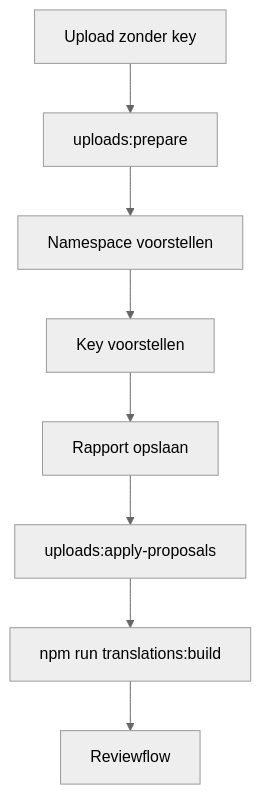
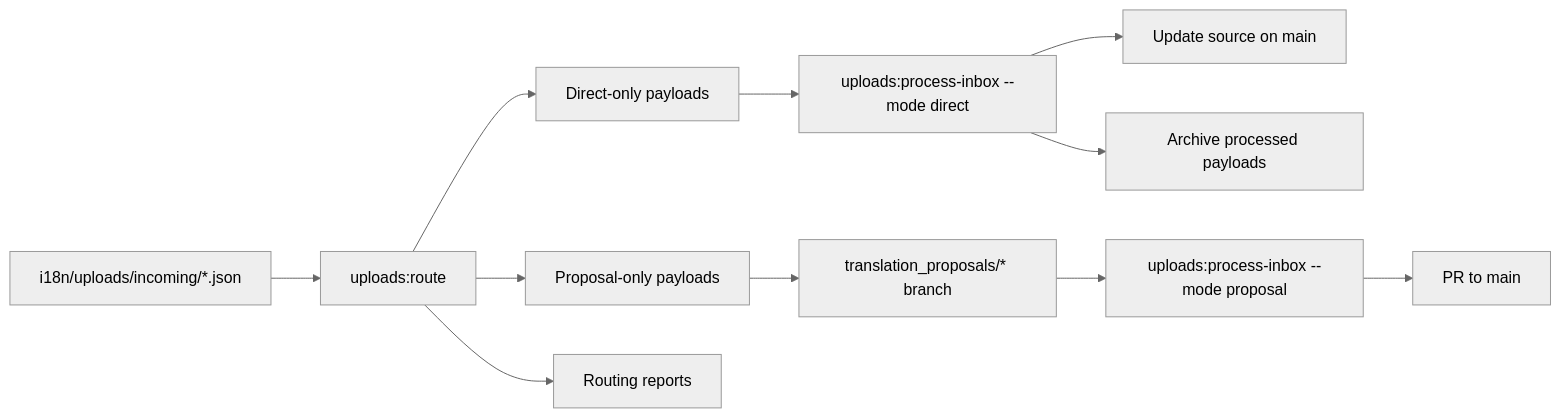
Before and after one commit to PRAxISDEVELOPMENT/mypraxis_translation_keys: the third of 3 diagrams in README.md, drawn with Mermaid (neutral theme). The commit also changed other lines of this file and 11 other files, not shown here.

````diff
--- a/README.md
+++ b/README.md
@@ -318,10 +136,13 @@
 ```mermaid
-flowchart TD
-    A[Upload zonder key] --> B[uploads:prepare]
-    B --> C[Namespace voorstellen]
-    C --> D[Key voorstellen]
-    D --> E[Rapport opslaan]
-    E --> F[uploads:apply-proposals]
-    F --> G[npm run translations:build]
-    G --> H[Reviewflow]
+flowchart LR
+    A[i18n/uploads/incoming/*.json] --> B[uploads:route]
+    B --> C[Direct-only payloads]
+    B --> D[Proposal-only payloads]
+    B --> E[Routing reports]
+    C --> F[uploads:process-inbox --mode direct]
+    F --> G[Update source on main]
+    F --> H[Archive processed payloads]
+    D --> I[translation_proposals/* branch]
+    I --> J[uploads:process-inbox --mode proposal]
+    J --> K[PR to main]
 ```
````
